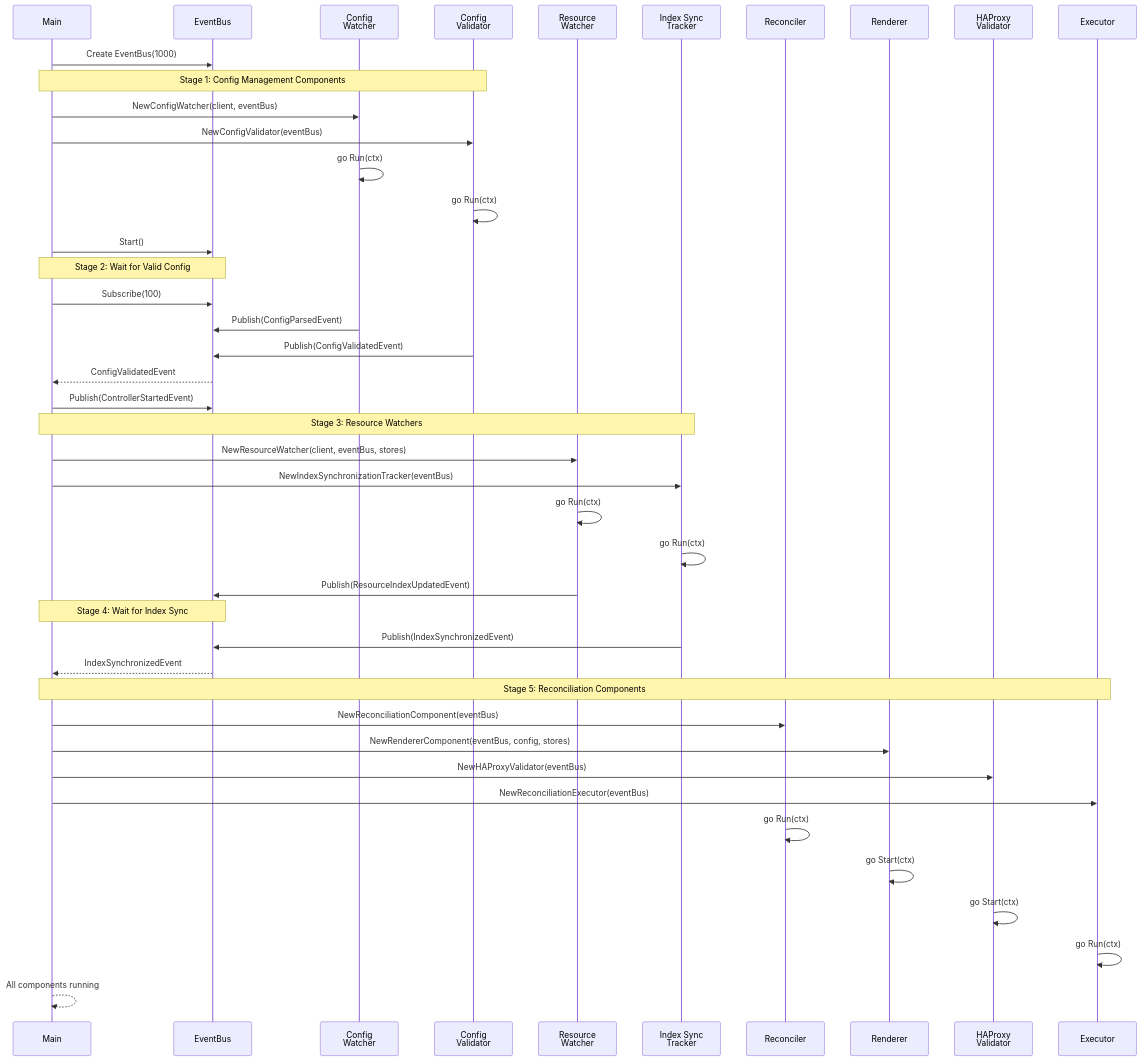
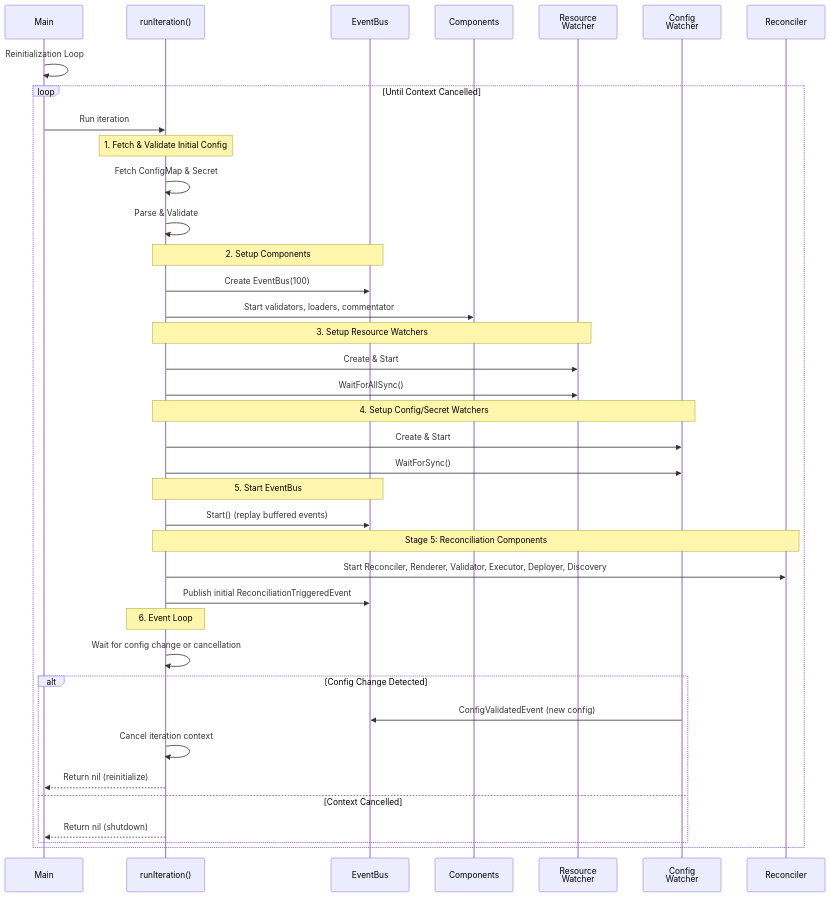
One commit to phihos/haproxy-template-ingress-controller changed the fourth of 12 diagrams in docs/development/design.md. Above: the diagram before and after it, drawn with Mermaid. The commit also changed other lines of this file and 161 other files, not shown here.

````diff
--- a/docs/development/design.md
+++ b/docs/development/design.md
@@ -483,53 +543,50 @@
 ```mermaid
 sequenceDiagram
     participant Main
+    participant Iteration as runIteration()
     participant EventBus
+    participant Components
+    participant ResourceWatcher as Resource<br/>Watcher
     participant ConfigWatcher as Config<br/>Watcher
-    participant ConfigValidator as Config<br/>Validator
-    participant ResourceWatcher as Resource<br/>Watcher
-    participant IndexTracker as Index Sync<br/>Tracker
     participant Reconciler
-    participant Renderer
-    participant Validator as HAProxy<br/>Validator
-    participant Executor
 
-    Main->>EventBus: Create EventBus(1000)
+    Main->>Main: Reinitialization Loop
 
-    Note over Main,ConfigValidator: Stage 1: Config Management Components
-    Main->>ConfigWatcher: NewConfigWatcher(client, eventBus)
-    Main->>ConfigValidator: NewConfigValidator(eventBus)
-    ConfigWatcher->>ConfigWatcher: go Run(ctx)
-    ConfigValidator->>ConfigValidator: go Run(ctx)
-    Main->>EventBus: Start()
+    loop Until Context Cancelled
+        Main->>Iteration: Run iteration
 
-    Note over Main,EventBus: Stage 2: Wait for Valid Config
-    Main->>EventBus: Subscribe(100)
-    ConfigWatcher->>EventBus: Publish(ConfigParsedEvent)
-    ConfigValidator->>EventBus: Publish(ConfigValidatedEvent)
-    EventBus-->>Main: ConfigValidatedEvent
-    Main->>EventBus: Publish(ControllerStartedEvent)
+        Note over Iteration: 1. Fetch & Validate Initial Config
+        Iteration->>Iteration: Fetch ConfigMap & Secret
+        Iteration->>Iteration: Parse & Validate
 
-    Note over Main,IndexTracker: Stage 3: Resource Watchers
-    Main->>ResourceWatcher: NewResourceWatcher(client, eventBus, stores)
-    Main->>IndexTracker: NewIndexSynchronizationTracker(eventBus)
-    ResourceWatcher->>ResourceWatcher: go Run(ctx)
-    IndexTracker->>IndexTracker: go Run(ctx)
+        Note over Iteration,EventBus: 2. Setup Components
+        Iteration->>EventBus: Create EventBus(100)
+        Iteration->>Components: Start validators, loaders, commentator
 
-    ResourceWatcher->>EventBus: Publish(ResourceIndexUpdatedEvent)
+        Note over Iteration,ResourceWatcher: 3. Setup Resource Watchers
+        Iteration->>ResourceWatcher: Create & Start
+        Iteration->>ResourceWatcher: WaitForAllSync()
 
-    Note over Main,EventBus: Stage 4: Wait for Index Sync
-    IndexTracker->>EventBus: Publish(IndexSynchronizedEvent)
-    EventBus-->>Main: IndexSynchronizedEvent
+        Note over Iteration,ConfigWatcher: 4. Setup Config/Secret Watchers
+        Iteration->>ConfigWatcher: Create & Start
+        Iteration->>ConfigWatcher: WaitForSync()
 
-    Note over Main,Executor: Stage 5: Reconciliation Components
-    Main->>Reconciler: NewReconciliationComponent(eventBus)
-    Main->>Renderer: NewRendererComponent(eventBus, config, stores)
-    Main->>Validator: NewHAProxyValidator(eventBus)
-    Main->>Executor: NewReconciliationExecutor(eventBus)
-    Reconciler->>Reconciler: go Run(ctx)
-    Renderer->>Renderer: go Start(ctx)
-    Validator->>Validator: go Start(ctx)
-    Executor->>Executor: go Run(ctx)
+        Note over Iteration,EventBus: 5. Start EventBus
+        Iteration->>EventBus: Start() (replay buffered events)
 
-    Main-->>Main: All components running
+        Note over Iteration,Reconciler: Stage 5: Reconciliation Components
+        Iteration->>Reconciler: Start Reconciler, Renderer, Validator, Executor, Deployer, Discovery
+        Iteration->>EventBus: Publish initial ReconciliationTriggeredEvent
+
+        Note over Iteration: 6. Event Loop
+        Iteration->>Iteration: Wait for config change or cancellation
+
+        alt Config Change Detected
+            ConfigWatcher->>EventBus: ConfigValidatedEvent (new config)
+            Iteration->>Iteration: Cancel iteration context
+            Iteration-->>Main: Return nil (reinitialize)
+        else Context Cancelled
+            Iteration-->>Main: Return nil (shutdown)
+        end
+    end
 ```
````
